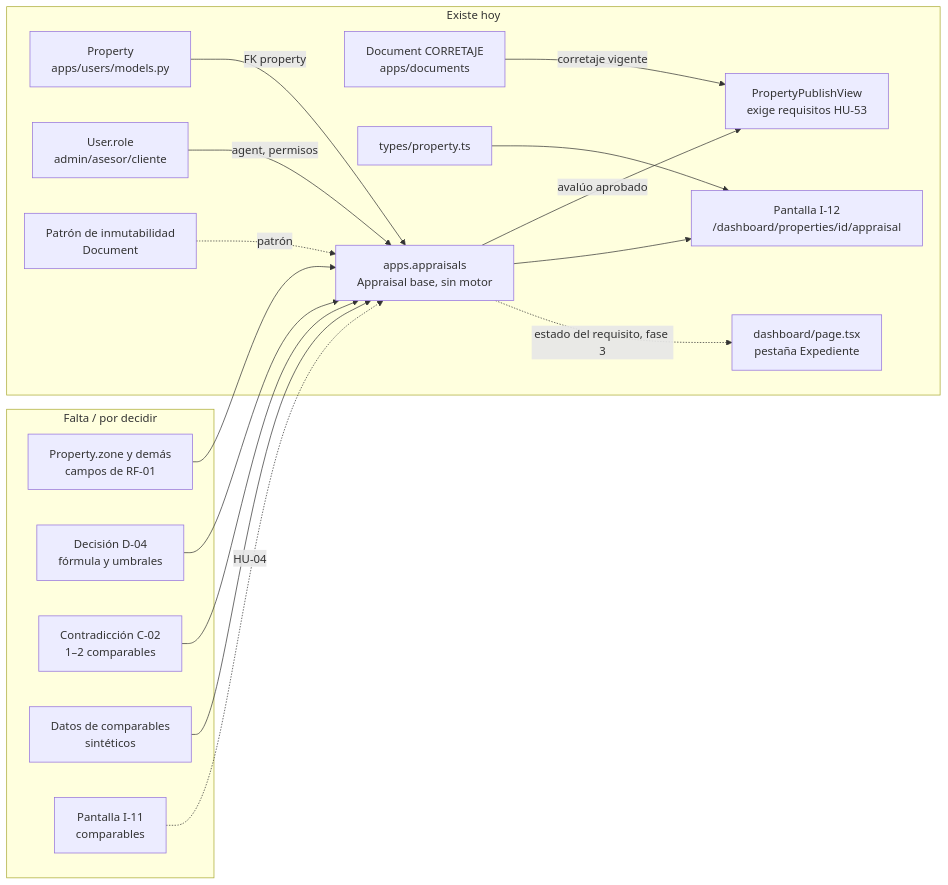
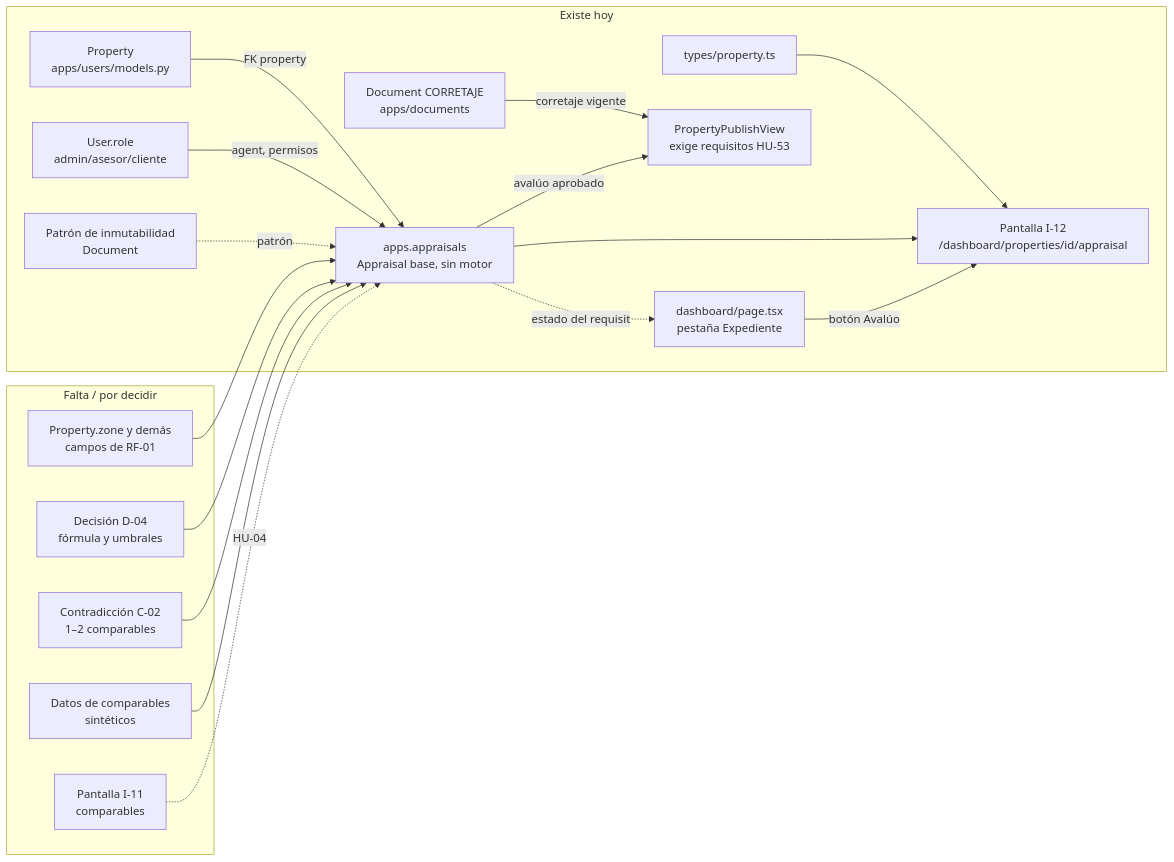
The diagram in docs/handoff/URBANEX_GPS_ARCHIVOS.md (P4bl1t0ck/Urbanex), drawn with Mermaid before and after one commit. The commit also changed other lines of this file and 6 other files, not shown here.

````diff
--- a/docs/handoff/URBANEX_GPS_ARCHIVOS.md
+++ b/docs/handoff/URBANEX_GPS_ARCHIVOS.md
@@ -99,34 +99,35 @@
 ```mermaid
 flowchart LR
   subgraph Existe["Existe hoy"]
     P[Property<br/>apps/users/models.py]
     U[User.role<br/>admin/asesor/cliente]
     D[Document CORRETAJE<br/>apps/documents]
     T[types/property.ts]
     DB[dashboard/page.tsx<br/>pestaña Expediente]
     PUB[PropertyPublishView<br/>exige requisitos HU-53]
     IMM[Patrón de inmutabilidad<br/>Document]
     A[apps.appraisals<br/>Appraisal base, sin motor]
     UI[Pantalla I-12<br/>/dashboard/properties/id/appraisal]
   end
   subgraph Falta["Falta / por decidir"]
     Z[Property.zone y demás<br/>campos de RF-01]
     D04[Decisión D-04<br/>fórmula y umbrales]
     C02[Contradicción C-02<br/>1–2 comparables]
     SEED[Datos de comparables<br/>sintéticos]
     UI11[Pantalla I-11<br/>comparables]
   end
   P -->|FK property| A
   U -->|agent, permisos| A
   Z --> A
   D04 --> A
   C02 --> A
   SEED --> A
   IMM -.patrón.-> A
   A -->|avalúo aprobado| PUB
   D -->|corretaje vigente| PUB
   A --> UI
   T --> UI
   UI11 -.HU-04.-> A
-  A -.estado del requisito, fase 3.-> DB
+  A -.estado del requisito.-> DB
+  DB -->|botón Avalúo| UI
 ```
````
